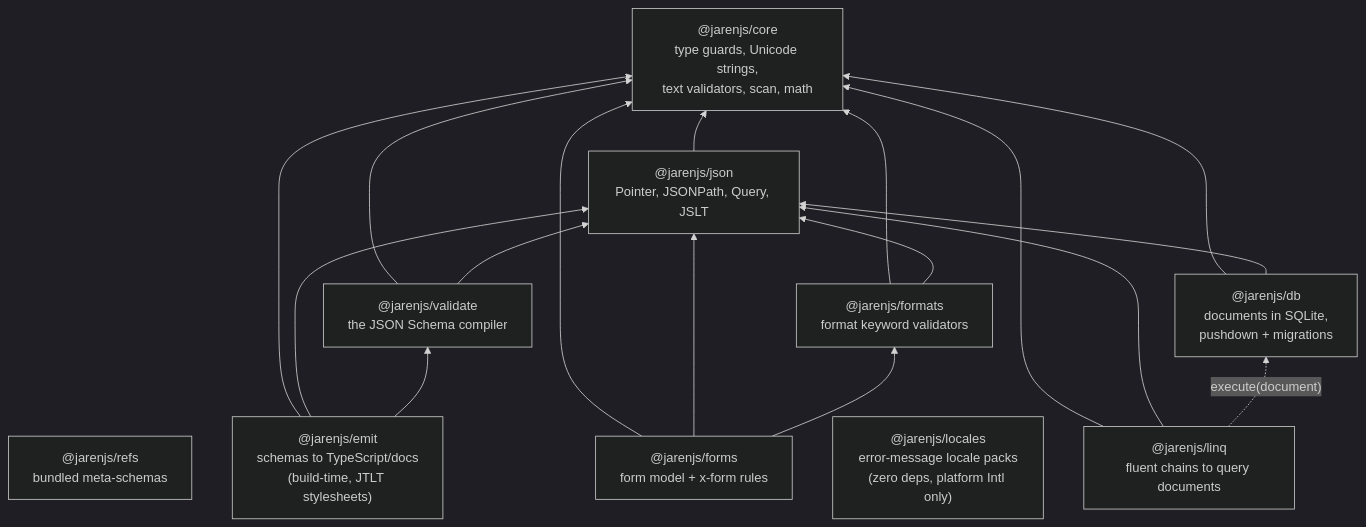
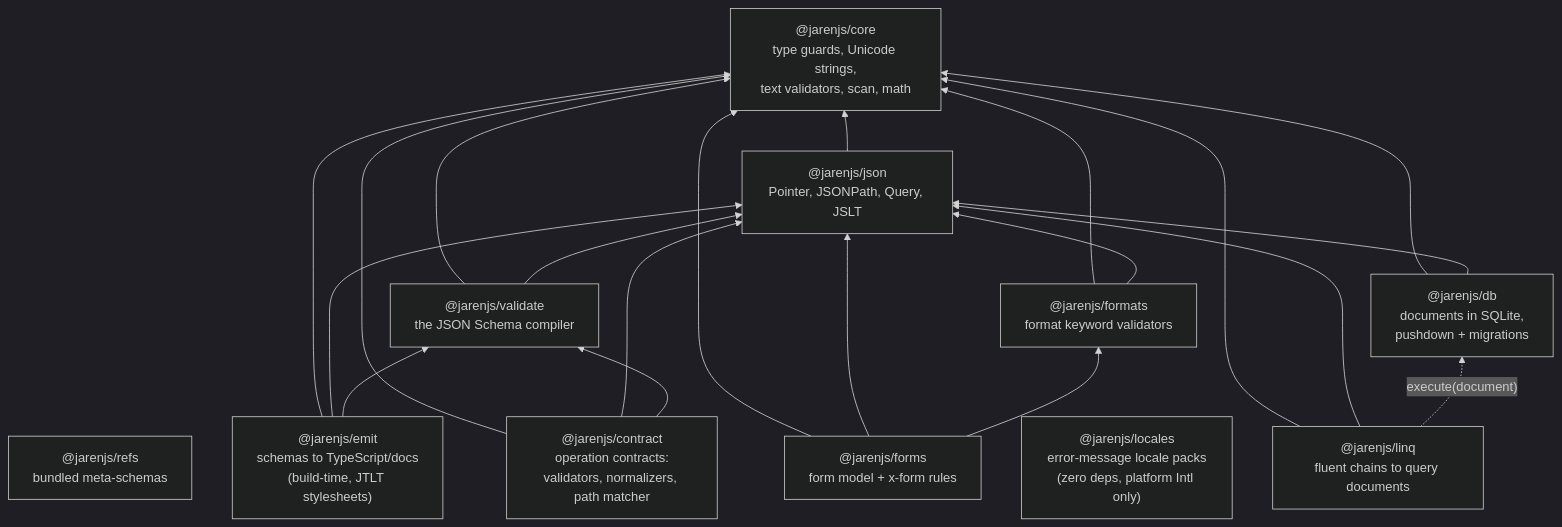
One commit to jklarenbeek/jarenjs changed the first of 2 diagrams in docs/ARCHITECTURE.md. Above: the diagram before and after it, drawn with Mermaid (dark theme). The commit also changed other lines of this file and 33 other files, not shown here.

Commit message:
Added the 22nd package to the jarenjs suite as @jarenjs/contract

````diff
--- a/docs/ARCHITECTURE.md
+++ b/docs/ARCHITECTURE.md
@@ -40,30 +40,34 @@
 ```mermaid
 flowchart BT
     CORE["@jarenjs/core<br/>type guards, Unicode strings,<br/>text validators, scan, math"]
     JSON["@jarenjs/json<br/>Pointer, JSONPath, Query, JSLT"]
     VALIDATE["@jarenjs/validate<br/>the JSON Schema compiler"]
     FORMATS["@jarenjs/formats<br/>format keyword validators"]
     REFS["@jarenjs/refs<br/>bundled meta-schemas"]
     EMIT["@jarenjs/emit<br/>schemas to TypeScript/docs<br/>(build-time, JTLT stylesheets)"]
+    CONTRACT["@jarenjs/contract<br/>operation contracts:<br/>validators, normalizers, path matcher"]
     FORMS["@jarenjs/forms<br/>form model + x-form rules"]
     LOCALES["@jarenjs/locales<br/>error-message locale packs<br/>(zero deps, platform Intl only)"]
     LINQ["@jarenjs/linq<br/>fluent chains to query documents"]
     DB["@jarenjs/db<br/>documents in SQLite,<br/>pushdown + migrations"]
 
     JSON --> CORE
     VALIDATE --> CORE
     VALIDATE --> JSON
     FORMATS --> CORE
     FORMATS --> JSON
     EMIT --> CORE
     EMIT --> JSON
     EMIT --> VALIDATE
+    CONTRACT --> CORE
+    CONTRACT --> JSON
+    CONTRACT --> VALIDATE
     FORMS --> CORE
     FORMS --> JSON
     FORMS --> FORMATS
     LINQ --> CORE
     LINQ --> JSON
     DB --> CORE
     DB --> JSON
     LINQ -. "execute(document)" .-> DB
 ```
````
